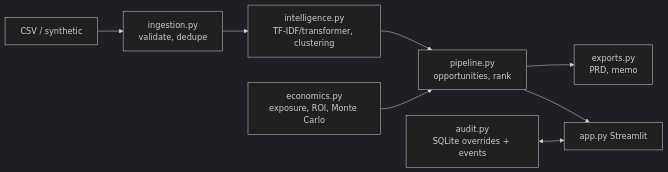
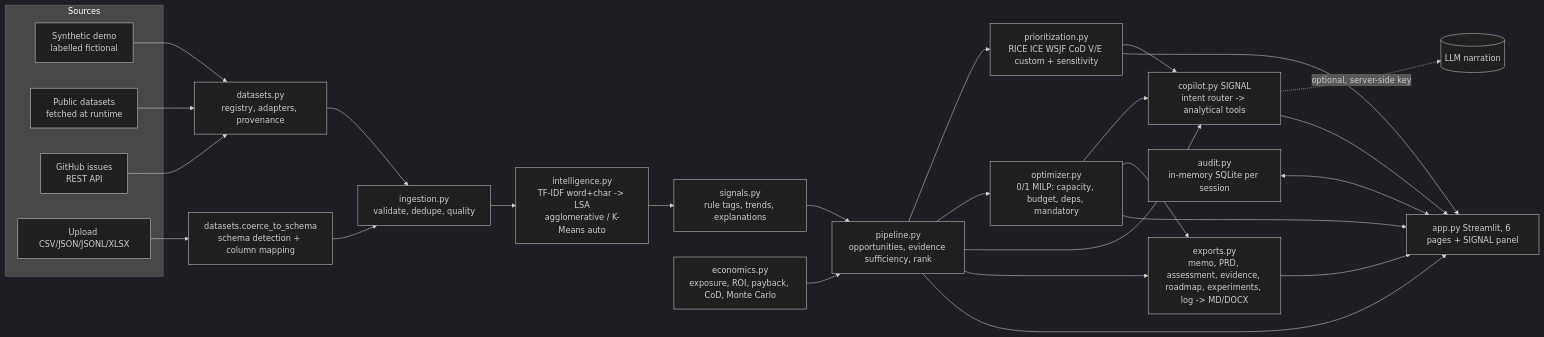
Before and after one commit to Shivjahagirdar/signalforge-ai-product-intelligence: the diagram in docs/architecture.md, drawn with Mermaid (dark theme). The commit also changed other lines of this file and 44 other files, not shown here.

First line of the commit message:
SignalForge v2: real public datasets, LSA auto-clustering, signal intelligence, 7 prioritisation frameworks, MILP roadmap optimiser, SIGNAL copilot, decision pack exports, property/security/E2E tests

````diff
--- a/docs/architecture.md
+++ b/docs/architecture.md
@@ -2,10 +3,23 @@
 ```mermaid
 flowchart LR
-  CSV[CSV / synthetic] --> ING[ingestion.py<br/>validate, dedupe]
-  ING --> INT[intelligence.py<br/>TF-IDF/transformer, clustering]
-  INT --> PIPE[pipeline.py<br/>opportunities, rank]
-  ECO[economics.py<br/>exposure, ROI, Monte Carlo] --> PIPE
-  PIPE --> EXP[exports.py<br/>PRD, memo]
-  PIPE --> UI[app.py Streamlit]
-  AUD[audit.py<br/>SQLite overrides + events] <--> UI
+  subgraph Sources
+    SYN[Synthetic demo<br/>labelled fictional]
+    PUB[Public datasets<br/>fetched at runtime]
+    GH[GitHub issues<br/>REST API]
+    UP[Upload CSV/JSON/JSONL/XLSX]
+  end
+  SYN & PUB & GH --> REG[datasets.py<br/>registry, adapters, provenance]
+  UP --> MAP[datasets.coerce_to_schema<br/>schema detection + column mapping]
+  REG & MAP --> ING[ingestion.py<br/>validate, dedupe, quality]
+  ING --> INT[intelligence.py<br/>TF-IDF word+char -> LSA<br/>agglomerative / K-Means auto]
+  INT --> SIG[signals.py<br/>rule tags, trends, explanations]
+  SIG --> PIPE[pipeline.py<br/>opportunities, evidence sufficiency, rank]
+  ECO[economics.py<br/>exposure, ROI, payback, CoD, Monte Carlo] --> PIPE
+  PIPE --> PRI[prioritization.py<br/>RICE ICE WSJF CoD V/E custom + sensitivity]
+  PIPE --> OPT[optimizer.py<br/>0/1 MILP: capacity, budget, deps, mandatory]
+  PIPE & PRI & OPT --> COP[copilot.py SIGNAL<br/>intent router -> analytical tools]
+  COP -. optional, server-side key .-> LLM[(LLM narration)]
+  PIPE & OPT --> EXP[exports.py<br/>memo, PRD, assessment, evidence, roadmap, experiments, log -> MD/DOCX]
+  AUD[audit.py<br/>in-memory SQLite per session] <--> UI[app.py Streamlit, 6 pages + SIGNAL panel]
+  PIPE & PRI & OPT & COP & EXP --> UI
 ```
````
